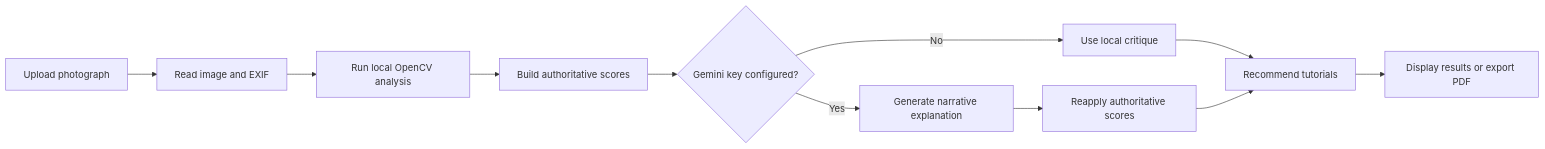
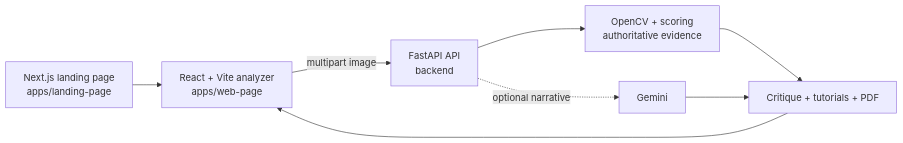
Before and after one commit to ofcourseabhishek/FocalPointAI: the diagram in README.md, drawn with Mermaid. The commit also changed other lines of this file and 211 other files, not shown here.

Commit message:
updated web-page

````diff
--- a/README.md
+++ b/README.md
@@ -180,13 +76,10 @@
 ```mermaid
 flowchart LR
-    A["Upload photograph"] --> B["Read image and EXIF"]
-    B --> C["Run local OpenCV analysis"]
-    C --> D["Build authoritative scores"]
-    D --> E{"Gemini key configured?"}
-    E -- No --> F["Use local critique"]
-    E -- Yes --> G["Generate narrative explanation"]
-    G --> H["Reapply authoritative scores"]
-    F --> I["Recommend tutorials"]
-    H --> I
-    I --> J["Display results or export PDF"]
+    L["Next.js landing page<br/>apps/landing-page"] --> W["React + Vite analyzer<br/>apps/web-page"]
+    W -->|"multipart image"| A["FastAPI API<br/>backend"]
+    A --> C["OpenCV + scoring<br/>authoritative evidence"]
+    A -. "optional narrative" .-> G["Gemini"]
+    C --> R["Critique + tutorials + PDF"]
+    G --> R
+    R --> W
 ```
````
